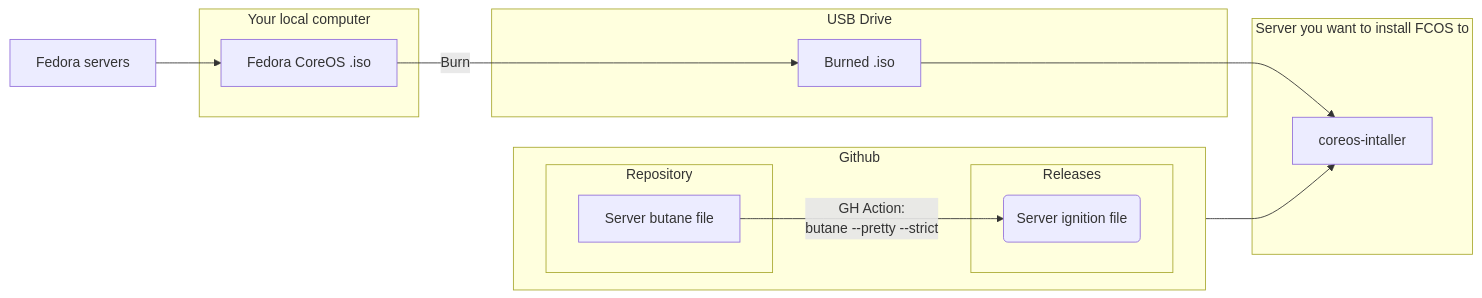
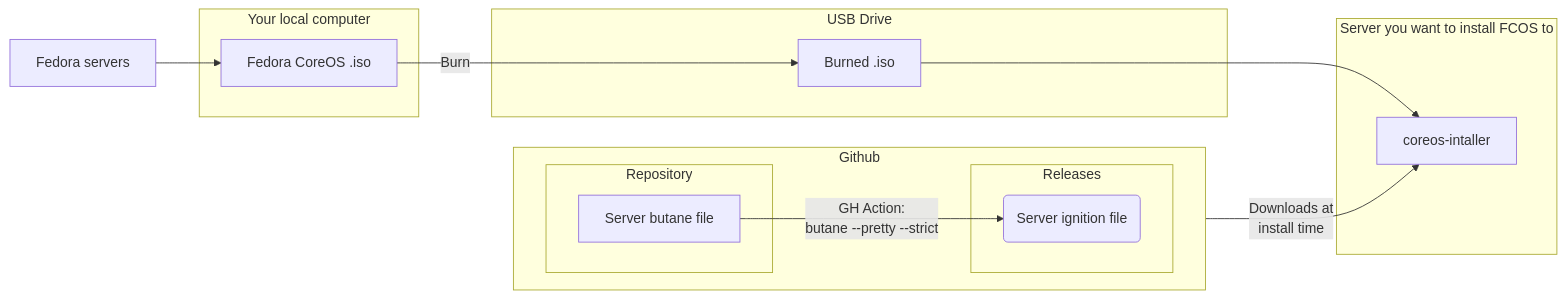
The second of 3 diagrams in README.md (juanlu-sanz/fcos-ignition-config), drawn with Mermaid before and after one commit. The commit also changed other lines of this file, not shown here.

````diff
--- a/README.md
+++ b/README.md
@@ -38,26 +38,26 @@
 ```mermaid
 flowchart LR
     subgraph Github
         direction LR
         subgraph Repository
             A[Server butane file]
         end
         subgraph Releases
             B(Server ignition file)
         end
         A -->|GH Action: \nbutane --pretty --strict| B
     end
     subgraph Your local computer
         I[Fedora CoreOS .iso]
     end
     subgraph USB Drive
         UI[Burned .iso]
     end
     subgraph Server you want to install FCOS to
         IN[coreos-intaller]
     end
     F[Fedora servers] --> I
     I --> |Burn| UI
     UI --> IN
-    B --> IN
+    B --> |Downloads at \n install time| IN
 ```
````
